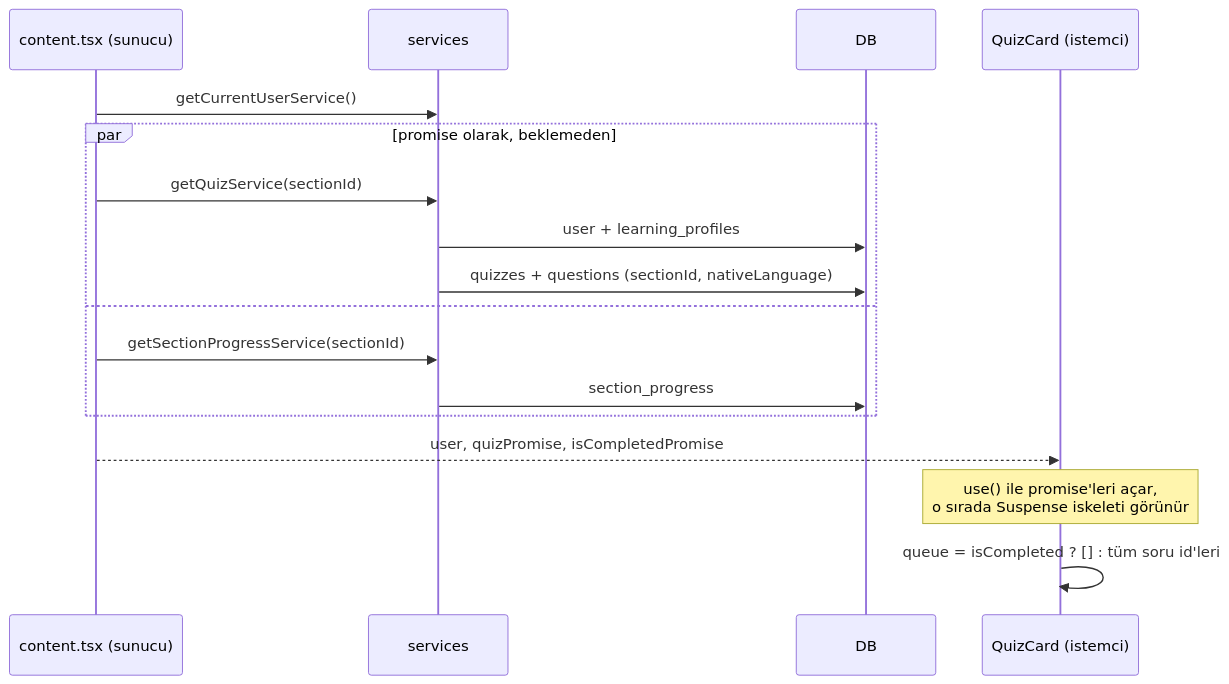
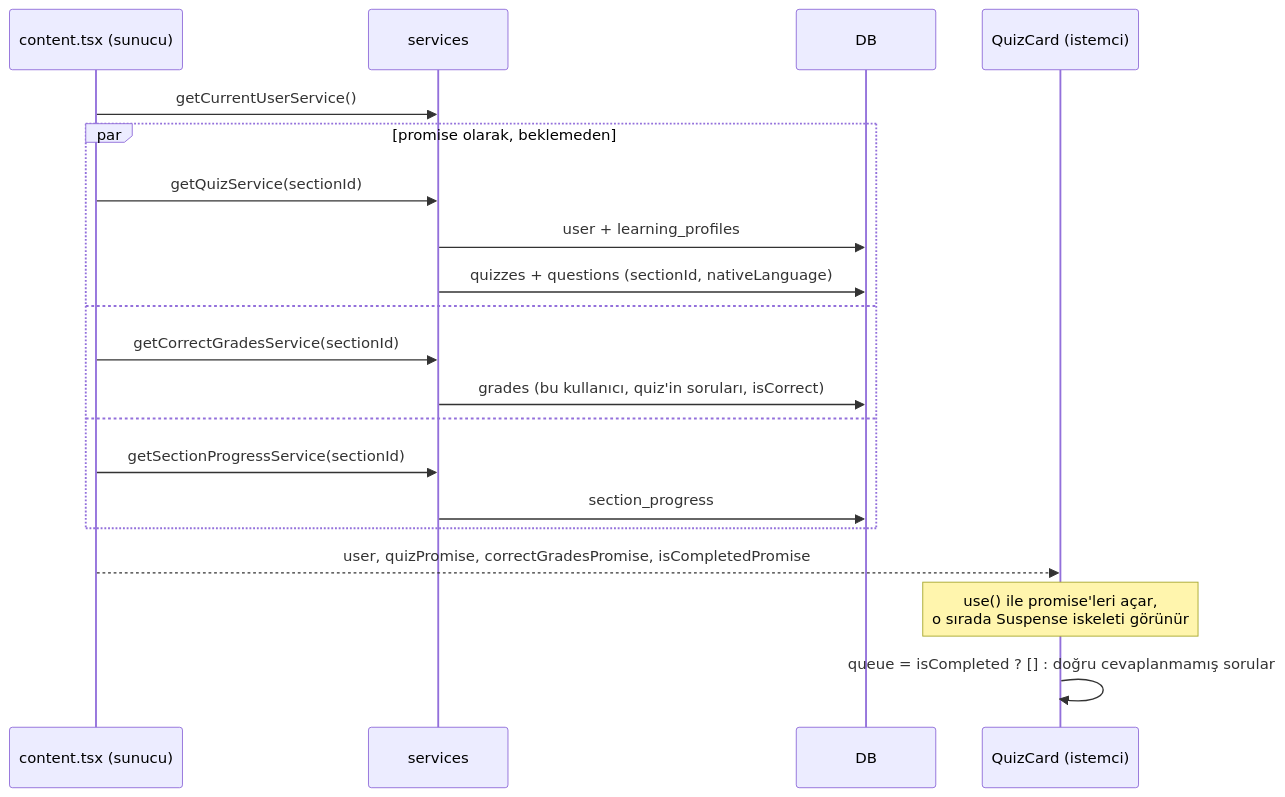
One commit to emirsalihgmrk/scedulai changed the second of 5 diagrams in docs/flows/quiz-answer.md. Above: the diagram before and after it, drawn with Mermaid. The commit also changed other lines of this file and 11 other files, not shown here.

First line of the commit message:
fix(quiz): let the server mark the quiz complete from the grades

````diff
--- a/docs/flows/quiz-answer.md
+++ b/docs/flows/quiz-answer.md
@@ -39,20 +42,23 @@
 ```mermaid
 sequenceDiagram
   participant P as content.tsx (sunucu)
   participant S as services
   participant DB
   participant QC as QuizCard (istemci)
 
   P->>S: getCurrentUserService()
   par promise olarak, beklemeden
     P->>S: getQuizService(sectionId)
     S->>DB: user + learning_profiles
     S->>DB: quizzes + questions (sectionId, nativeLanguage)
   and
+    P->>S: getCorrectGradesService(sectionId)
+    S->>DB: grades (bu kullanıcı, quiz'in soruları, isCorrect)
+  and
     P->>S: getSectionProgressService(sectionId)
     S->>DB: section_progress
   end
-  P-->>QC: user, quizPromise, isCompletedPromise
+  P-->>QC: user, quizPromise, correctGradesPromise, isCompletedPromise
   Note over QC: use() ile promise'leri açar,<br/>o sırada Suspense iskeleti görünür
-  QC->>QC: queue = isCompleted ? [] : tüm soru id'leri
+  QC->>QC: queue = isCompleted ? [] : doğru cevaplanmamış sorular
 ```
````
